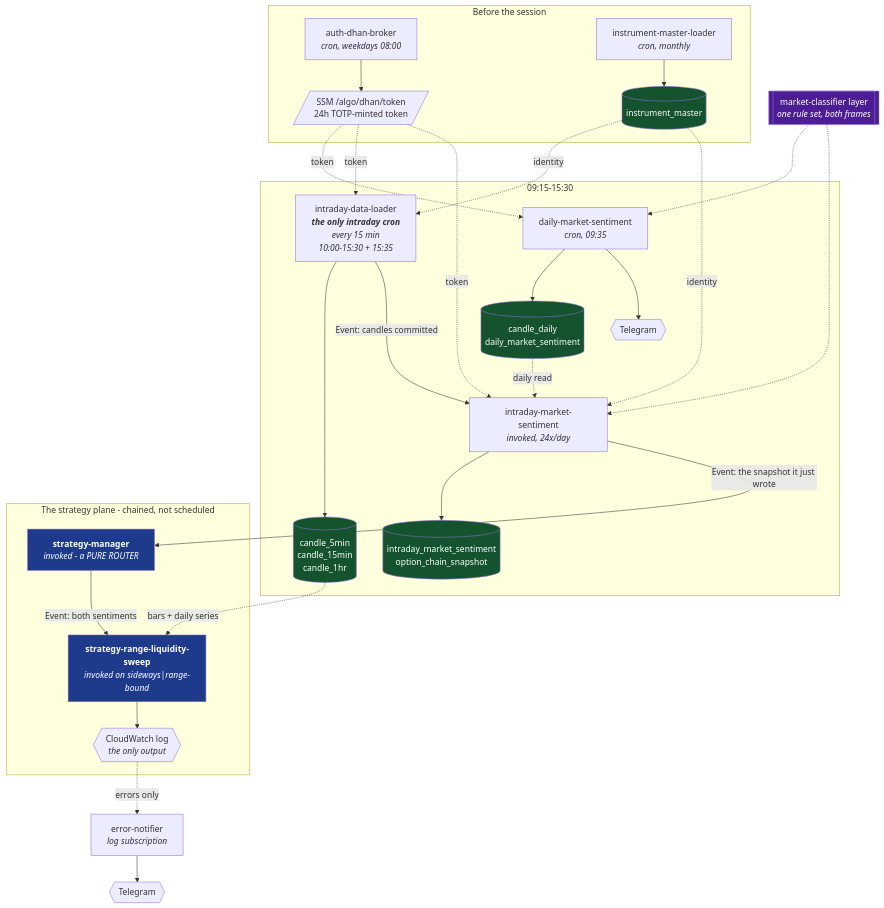
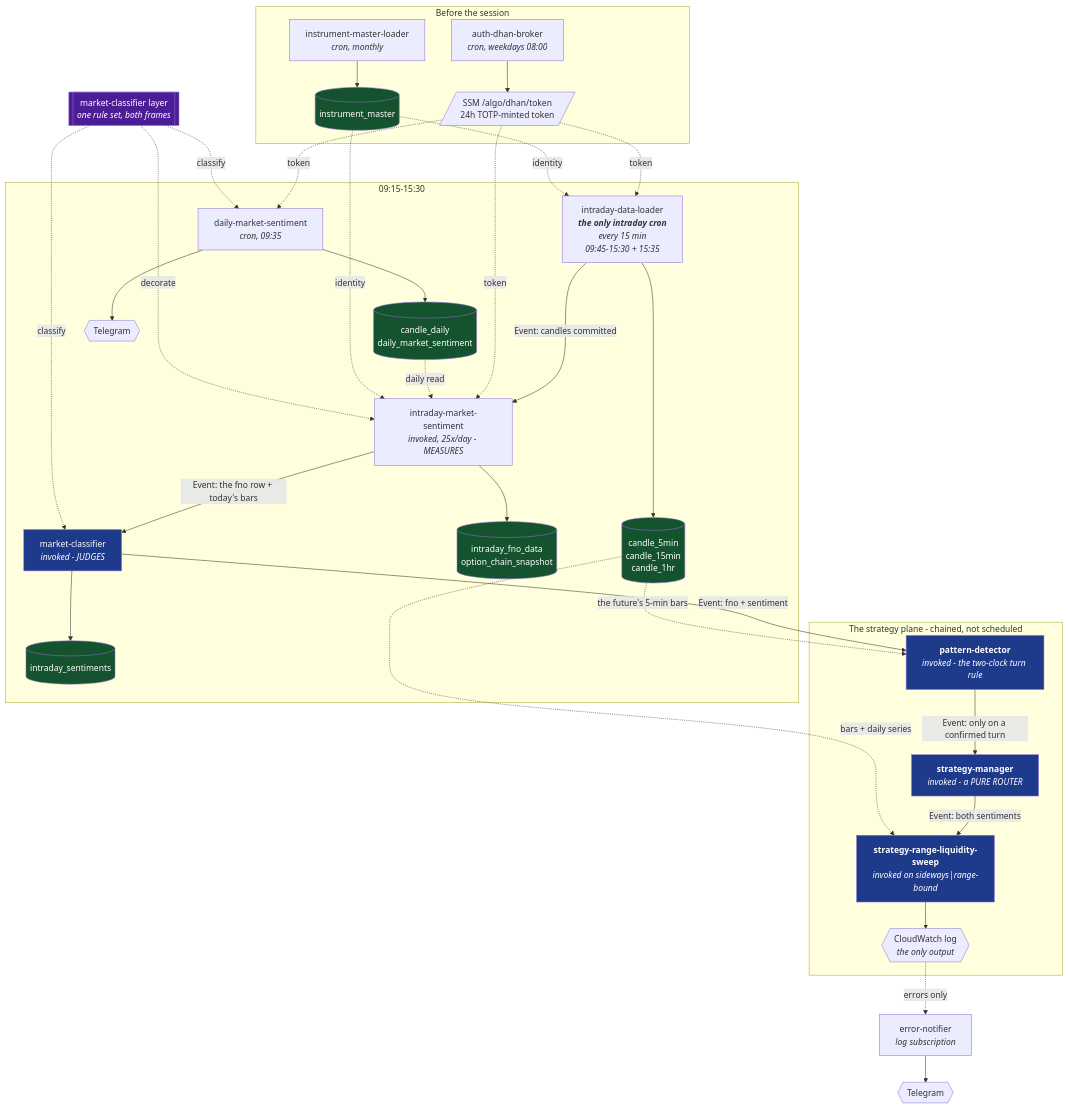
The first of 7 diagrams in docs/flow.md (amar7585/aws-algo-claude), drawn with Mermaid before and after one commit. The commit also changed other lines of this file and 10 other files, not shown here.

````diff
--- a/docs/flow.md
+++ b/docs/flow.md
@@ -10,49 +10,58 @@
 ```mermaid
 flowchart TD
     subgraph BEFORE["Before the session"]
         AUTH["auth-dhan-broker<br/><i>cron, weekdays 08:00</i>"] --> SSM[/"SSM /algo/dhan/token<br/>24h TOTP-minted token"/]
         LOADER["instrument-master-loader<br/><i>cron, monthly</i>"] --> IM[("instrument_master")]
     end
 
     subgraph SESSION["09:15-15:30"]
         DAILY["daily-market-sentiment<br/><i>cron, 09:35</i>"] --> DTBL[("candle_daily<br/>daily_market_sentiment")]
         DAILY --> TG1{{"Telegram"}}
 
-        CANDLES["intraday-data-loader<br/><i><b>the only intraday cron</b><br/>every 15 min<br/>10:00-15:30 + 15:35</i>"] --> CTBL[("candle_5min<br/>candle_15min<br/>candle_1hr")]
+        CANDLES["intraday-data-loader<br/><i><b>the only intraday cron</b><br/>every 15 min<br/>09:45-15:30 + 15:35</i>"] --> CTBL[("candle_5min<br/>candle_15min<br/>candle_1hr")]
 
-        SENT["intraday-market-sentiment<br/><i>invoked, 24x/day</i>"] --> STBL[("intraday_market_sentiment<br/>option_chain_snapshot")]
+        SENT["intraday-market-sentiment<br/><i>invoked, 25x/day - MEASURES</i>"] --> STBL[("intraday_fno_data<br/>option_chain_snapshot")]
+        CLSF["market-classifier<br/><i>invoked - JUDGES</i>"] --> SENTBL[("intraday_sentiments")]
     end
 
     subgraph STRAT["The strategy plane - chained, not scheduled"]
+        PD["<b>pattern-detector</b><br/><i>invoked - the two-clock turn rule</i>"]
         MGR["<b>strategy-manager</b><br/><i>invoked - a PURE ROUTER</i>"]
         SWEEP["<b>strategy-range-liquidity-sweep</b><br/><i>invoked on sideways|range-bound</i>"]
+        PD -->|"Event: only on a confirmed turn"| MGR
         MGR -->|"Event: both sentiments"| SWEEP
         SWEEP --> LOG{{"CloudWatch log<br/><i>the only output</i>"}}
     end
 
     CANDLES -->|"Event: candles committed"| SENT
-    SENT -->|"Event: the snapshot it just wrote"| MGR
+    SENT -->|"Event: the fno row + today's bars"| CLSF
+    CLSF -->|"Event: fno + sentiment"| PD
 
     SSM -.token.-> DAILY
     SSM -.token.-> CANDLES
     SSM -.token.-> SENT
+    CTBL -.the future's 5-min bars.-> PD
     CTBL -.bars + daily series.-> SWEEP
     DTBL -.daily read.-> SENT
     IM -.identity.-> CANDLES
     IM -.identity.-> SENT
 
     CLS[["market-classifier layer<br/><i>one rule set, both frames</i>"]]
-    CLS -.-> DAILY
-    CLS -.-> SENT
+    CLS -.decorate.-> SENT
+    CLS -.classify.-> DAILY
+    CLS -.classify.-> CLSF
     style CLS fill:#4c1d95,color:#fff
 
     ERR["error-notifier<br/><i>log subscription</i>"] --> TG2{{"Telegram"}}
     LOG -.errors only.-> ERR
 
     style STBL fill:#14532d,color:#fff
+    style SENTBL fill:#14532d,color:#fff
     style CTBL fill:#14532d,color:#fff
     style DTBL fill:#14532d,color:#fff
     style IM fill:#14532d,color:#fff
+    style CLSF fill:#1e3a8a,color:#fff
+    style PD fill:#1e3a8a,color:#fff
     style MGR fill:#1e3a8a,color:#fff
     style SWEEP fill:#1e3a8a,color:#fff
 ```
````
